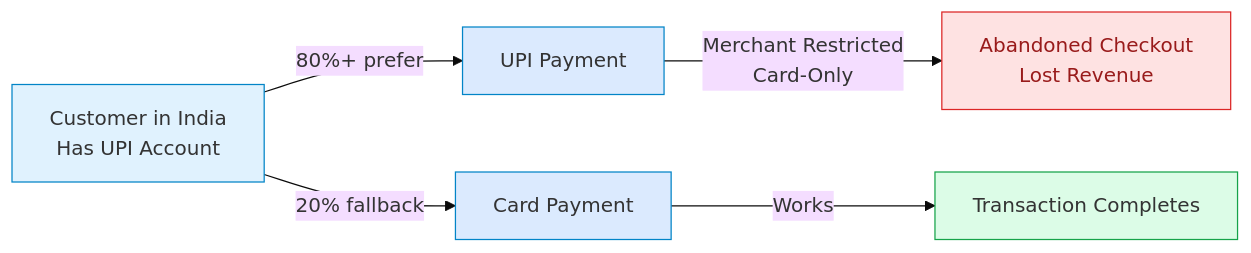
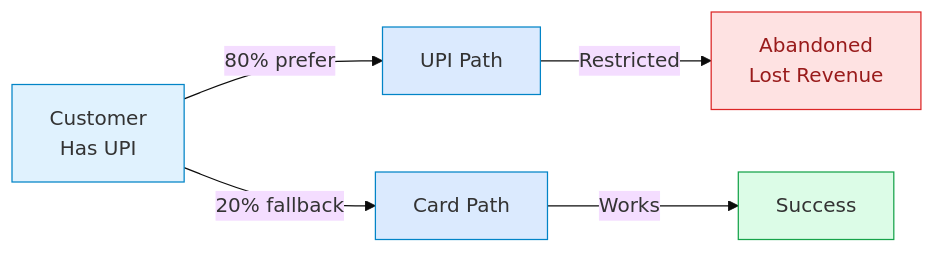
The sixth of 6 diagrams in README.md (NithishaVenkatesh/upi-agent-conformance), drawn with Mermaid (base theme) before and after one commit. The commit also changed other lines of this file, not shown here.

First line of the commit message:
fix: Mermaid diagrams - remove special characters causing parse errors

````diff
--- a/README.md
+++ b/README.md
@@ -419,15 +409,13 @@
 ```mermaid
 graph LR
-    A["Customer in India<br/>Has UPI Account"] -->|80%+ prefer| B["UPI Payment"]
-
-    B -->|Merchant Restricted<br/>Card-Only| C["Abandoned Checkout<br/>Lost Revenue"]
-
-    A -->|20% fallback| D["Card Payment"]
-    D -->|Works| E["Transaction Completes"]
+    A["Customer<br/>Has UPI"] -->|80% prefer| B["UPI Path"]
+    B -->|Restricted| C["Abandoned<br/>Lost Revenue"]
+    A -->|20% fallback| D["Card Path"]
+    D -->|Works| E["Success"]
 
     style A fill:#e0f2fe,stroke:#0284c7
     style B fill:#dbeafe,stroke:#0284c7
     style C fill:#fee2e2,stroke:#dc2626,color:#991b1b
     style D fill:#dbeafe,stroke:#0284c7
     style E fill:#dcfce7,stroke:#16a34a
 ```
````
